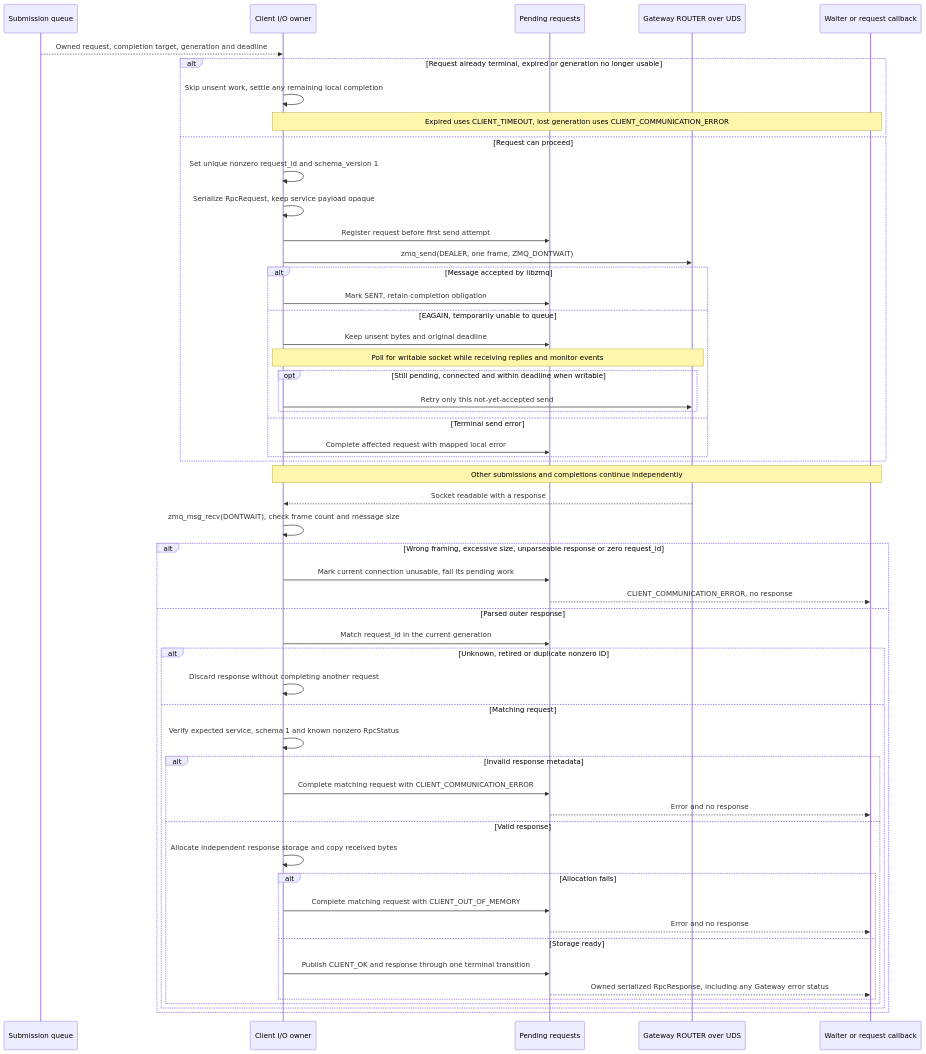
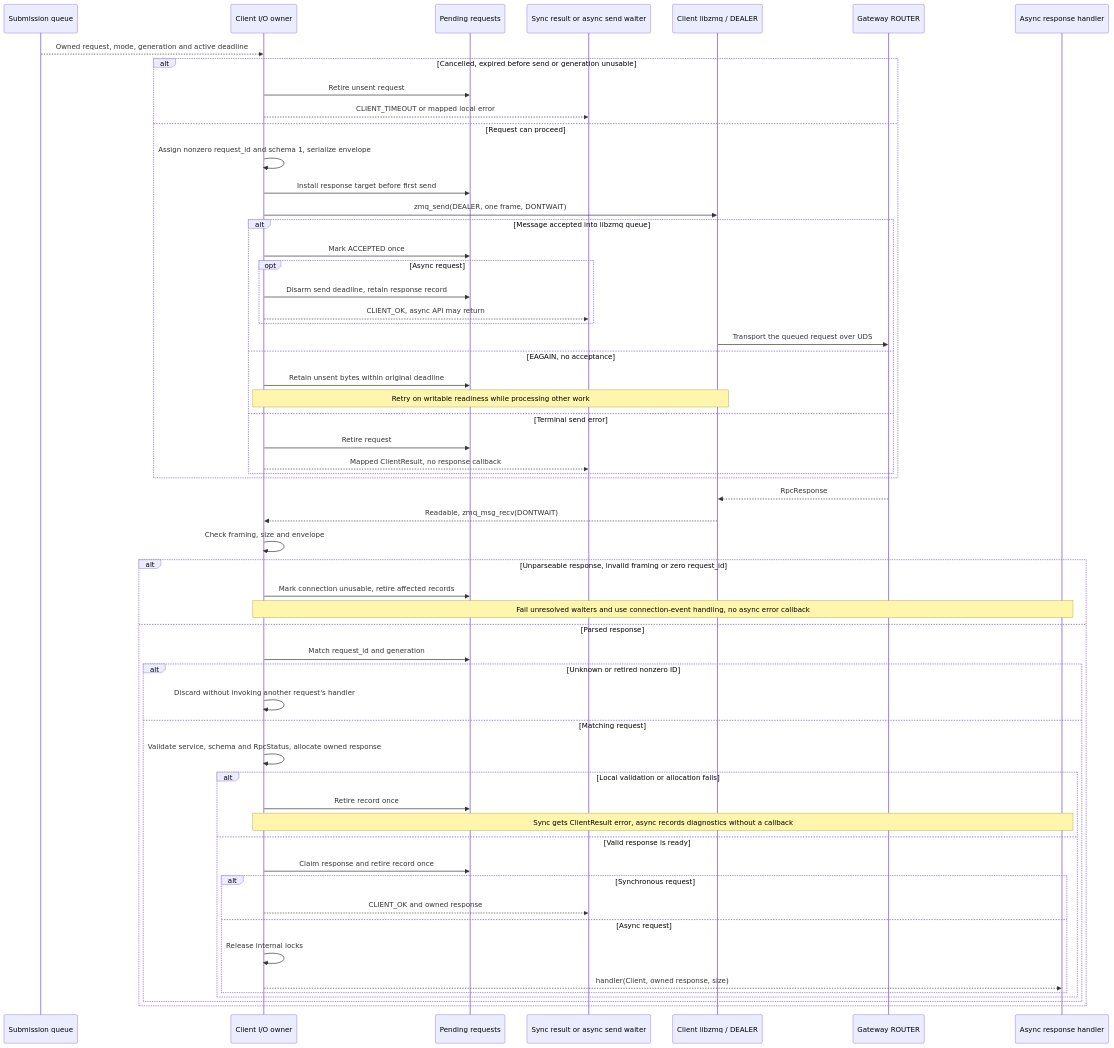
Before and after one commit to rdkcentral/eyil-secure-gateway: the sixth of 29 diagrams in doc/EyilSecureGateway.md, drawn with Mermaid. The commit also changed other lines of this file, not shown here.

````diff
--- a/doc/EyilSecureGateway.md
+++ b/doc/EyilSecureGateway.md
@@ -1142,56 +1169,59 @@
 ```mermaid
 sequenceDiagram
     participant Q as Submission queue
     participant IO as Client I/O owner
     participant P as Pending requests
-    participant G as Gateway ROUTER over UDS
-    participant C as Waiter or request callback
-    Q-->>IO: Owned request, completion target, generation and deadline
-    alt Request already terminal, expired or generation no longer usable
-        IO->>IO: Skip unsent work, settle any remaining local completion
-        Note over IO,C: Expired uses CLIENT_TIMEOUT, lost generation uses CLIENT_COMMUNICATION_ERROR
+    participant W as Sync result or async send waiter
+    participant Z as Client libzmq / DEALER
+    participant G as Gateway ROUTER
+    participant H as Async response handler
+    Q-->>IO: Owned request, mode, generation and active deadline
+    alt Cancelled, expired before send or generation unusable
+        IO->>P: Retire unsent request
+        IO-->>W: CLIENT_TIMEOUT or mapped local error
     else Request can proceed
-        IO->>IO: Set unique nonzero request_id and schema_version 1
-        IO->>IO: Serialize RpcRequest, keep service payload opaque
-        IO->>P: Register request before first send attempt
-        IO->>G: zmq_send(DEALER, one frame, ZMQ_DONTWAIT)
-        alt Message accepted by libzmq
-            IO->>P: Mark SENT, retain completion obligation
-        else EAGAIN, temporarily unable to queue
-            IO->>P: Keep unsent bytes and original deadline
-            Note over IO,G: Poll for writable socket while receiving replies and monitor events
-            opt Still pending, connected and within deadline when writable
-                IO->>G: Retry only this not-yet-accepted send
+        IO->>IO: Assign nonzero request_id and schema 1, serialize envelope
+        IO->>P: Install response target before first send
+        IO->>Z: zmq_send(DEALER, one frame, DONTWAIT)
+        alt Message accepted into libzmq queue
+            IO->>P: Mark ACCEPTED once
+            opt Async request
+                IO->>P: Disarm send deadline, retain response record
+                IO-->>W: CLIENT_OK, async API may return
             end
+            Z->>G: Transport the queued request over UDS
+        else EAGAIN, no acceptance
+            IO->>P: Retain unsent bytes within original deadline
+            Note over IO,Z: Retry on writable readiness while processing other work
         else Terminal send error
-            IO->>P: Complete affected request with mapped local error
+            IO->>P: Retire request
+            IO-->>W: Mapped ClientResult, no response callback
         end
     end
-    Note over IO,C: Other submissions and completions continue independently
-    G-->>IO: Socket readable with a response
-    IO->>IO: zmq_msg_recv(DONTWAIT), check frame count and message size
-    alt Wrong framing, excessive size, unparseable response or zero request_id
-        IO->>P: Mark current connection unusable, fail its pending work
-        P-->>C: CLIENT_COMMUNICATION_ERROR, no response
-    else Parsed outer response
-        IO->>P: Match request_id in the current generation
-        alt Unknown, retired or duplicate nonzero ID
-            IO->>IO: Discard response without completing another request
+    G-->>Z: RpcResponse
+    Z-->>IO: Readable, zmq_msg_recv(DONTWAIT)
+    IO->>IO: Check framing, size and envelope
+    alt Unparseable response, invalid framing or zero request_id
+        IO->>P: Mark connection unusable, retire affected records
+        Note over IO,H: Fail unresolved waiters and use connection-event handling, no async error callback
+    else Parsed response
+        IO->>P: Match request_id and generation
+        alt Unknown or retired nonzero ID
+            IO->>IO: Discard without invoking another request's handler
         else Matching request
-            IO->>IO: Verify expected service, schema 1 and known nonzero RpcStatus
-            alt Invalid response metadata
-                IO->>P: Complete matching request with CLIENT_COMMUNICATION_ERROR
-                P-->>C: Error and no response
-            else Valid response
-                IO->>IO: Allocate independent response storage and copy received bytes
-                alt Allocation fails
-                    IO->>P: Complete matching request with CLIENT_OUT_OF_MEMORY
-                    P-->>C: Error and no response
-                else Storage ready
-                    IO->>P: Publish CLIENT_OK and response through one terminal transition
-                    P-->>C: Owned serialized RpcResponse, including any Gateway error status
+            IO->>IO: Validate service, schema and RpcStatus, allocate owned response
+            alt Local validation or allocation fails
+                IO->>P: Retire record once
+                Note over IO,H: Sync gets ClientResult error, async records diagnostics without a callback
+            else Valid response is ready
+                IO->>P: Claim response and retire record once
+                alt Synchronous request
+                    IO-->>W: CLIENT_OK and owned response
+                else Async request
+                    IO->>IO: Release internal locks
+                    IO-->>H: handler(Client, owned response, size)
                 end
             end
         end
     end
 ```
````
